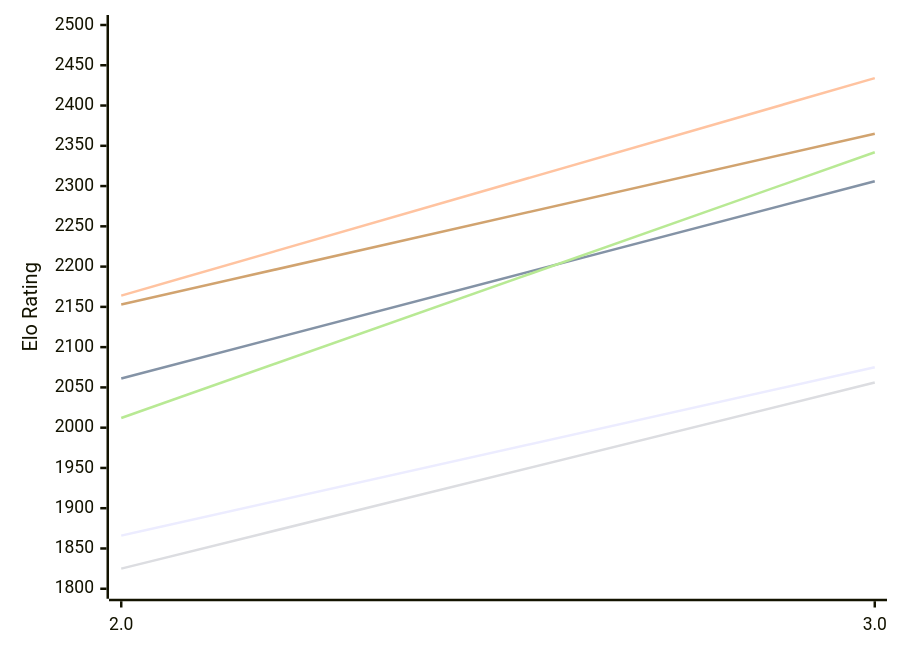
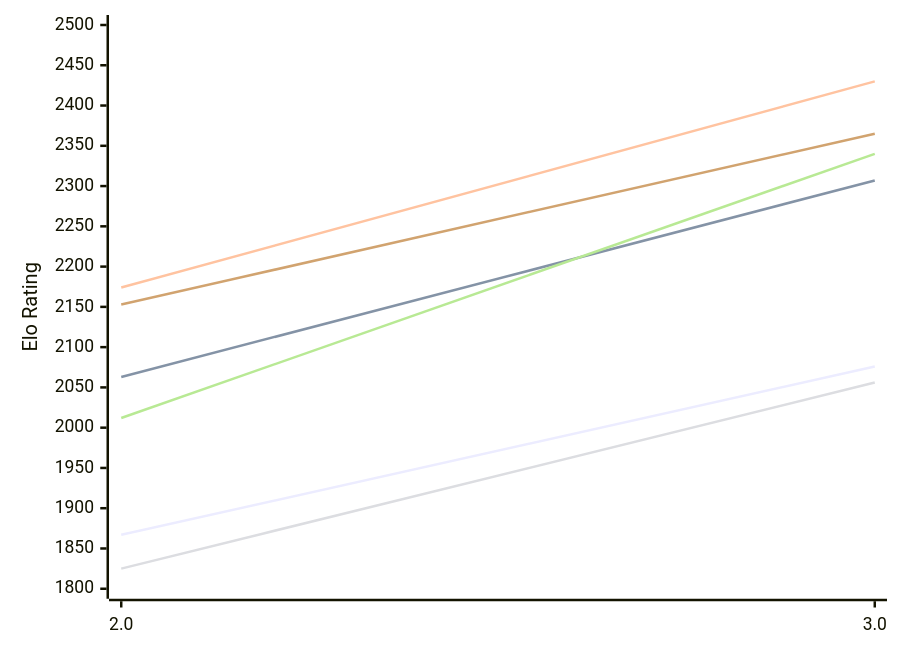
The first of 2 diagrams in engines/Zeno.md (computer-chess-index/cci), drawn with Mermaid before and after one commit. The commit also changed other lines of this file, not shown here.

Commit message:
Update CCI Ratings (ELO VLTC) - 2026-11-26

````diff
--- a/engines/Zeno.md
+++ b/engines/Zeno.md
@@ -50,12 +50,12 @@
 ```mermaid
 %%{init: {"theme":"base","themeVariables":{"seriesColors:['#a3a3a3','#222221','#faa371']}}}%%
 xychart-beta
   x-axis ["2.0", "3.0"]
   y-axis "Elo Rating" 1800 --> 2500
-  line "E1: STC (8.0+0.08s)" [1866, 2075]
-  line "E1: LTC (60.0+0.60s)" [2061, 2306]
-  line "E1: VLTC (2m24s+1.12s)" [2164, 2434]
+  line "E1: STC (8.0+0.08s)" [1867, 2076]
+  line "E1: LTC (60.0+0.60s)" [2063, 2307]
+  line "E1: VLTC (2m24s+1.12s)" [2174, 2430]
   line "P1: STC (8.0+0.08s)" [1825, 2056]
-  line "P1: LTC (60.0+0.60s)" [2012, 2342]
+  line "P1: LTC (60.0+0.60s)" [2012, 2340]
   line "P1: VLTC (2m24s+1.12s)" [2153, 2365]
 ```
````
